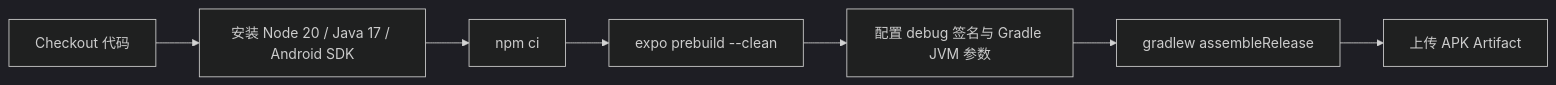
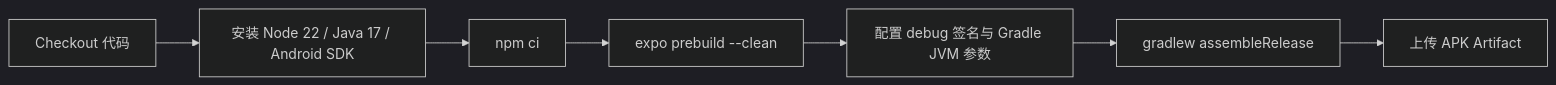
One commit to pppxxxy/easychat2 changed the diagram in .monkeycode/docs/模块/构建与配置.md. Above: the diagram before and after it, drawn with Mermaid (dark theme). The commit also changed 16 other files, not shown here.

````diff
--- a/.monkeycode/docs/模块/构建与配置.md
+++ b/.monkeycode/docs/模块/构建与配置.md
@@ -86,9 +86,9 @@
 ```mermaid
 flowchart LR
-    Checkout["Checkout 代码"] --> Node["安装 Node 20 / Java 17 / Android SDK"]
+    Checkout["Checkout 代码"] --> Node["安装 Node 22 / Java 17 / Android SDK"]
     Node --> CI["npm ci"]
     CI --> Prebuild["expo prebuild --clean"]
     Prebuild --> Sign["配置 debug 签名与 Gradle JVM 参数"]
     Sign --> Gradle["gradlew assembleRelease"]
     Gradle --> Artifact["上传 APK Artifact"]
 ```
````
